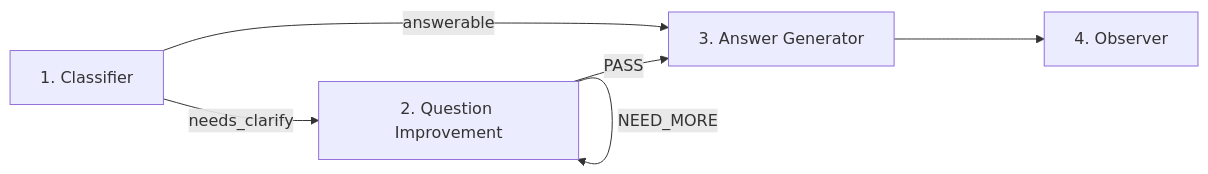
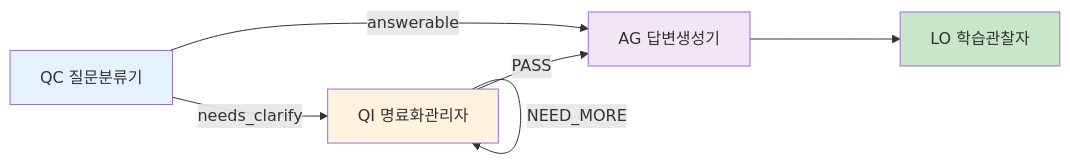
Before and after one commit to KimKyuBong/maice-paper-deploy: the ninth of 16 diagrams in docs/chapters/04-system-implementation.md, drawn with Mermaid. The commit also changed other lines of this file and 79 other files, not shown here.

````diff
--- a/docs/chapters/04-system-implementation.md
+++ b/docs/chapters/04-system-implementation.md
@@ -421,8 +404,18 @@
 ```mermaid
-graph LR
-    A[1. Classifier] -->|answerable| C[3. Answer Generator]
-    A -->|needs_clarify| B[2. Question Improvement]
-    B -->|PASS| C
-    B -->|NEED_MORE| B
-    C --> D[4. Observer]
+flowchart LR
+    QC[QC 질문분류기]
+    QI[QI 명료화관리자]
+    AG[AG 답변생성기]
+    LO[LO 학습관찰자]
+    
+    QC -->|answerable| AG
+    QC -->|needs_clarify| QI
+    QI -->|PASS| AG
+    QI -->|NEED_MORE| QI
+    AG --> LO
+    
+    style QC fill:#E3F2FD
+    style QI fill:#FFF3E0
+    style AG fill:#F3E5F5
+    style LO fill:#C8E6C9
 ```
````
